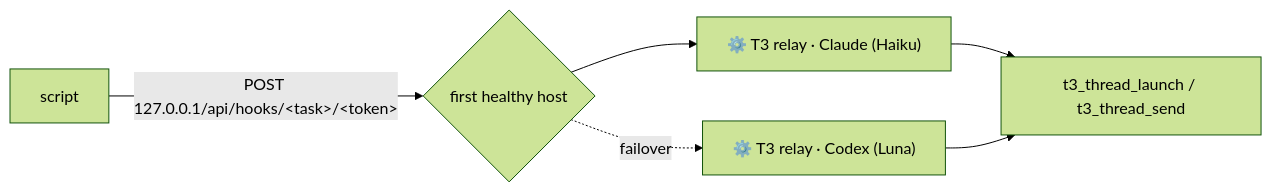
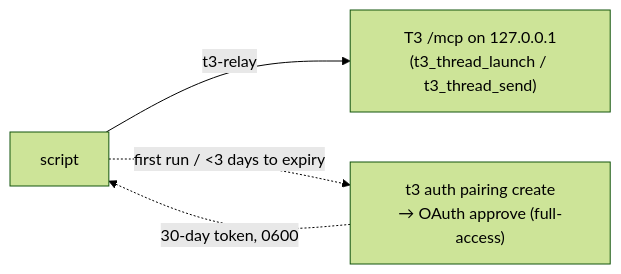
The diagram in skills/t3-manage-thread/relay.md (pjmuller/skills), drawn with Mermaid (forest theme) before and after one commit. The commit also changed other lines of this file and 9 other files, not shown here.

First line of the commit message:
t3-relay: direct MCP client instead of webhook relay host (T3 0.1.1)

````diff
--- a/skills/t3-manage-thread/relay.md
+++ b/skills/t3-manage-thread/relay.md
@@ -31,7 +31,6 @@
 ```mermaid
 flowchart LR
-  S[script] -- "POST 127.0.0.1/api/hooks/&lt;task&gt;/&lt;token&gt;" --> P{first healthy host}
-  P --> A["⚙️ T3 relay · Claude (Haiku)"]
-  P -. failover .-> B["⚙️ T3 relay · Codex (Luna)"]
-  A & B --> M["t3_thread_launch / t3_thread_send"]
+  S[script] -- "t3-relay" --> M["T3 /mcp on 127.0.0.1<br/>(t3_thread_launch / t3_thread_send)"]
+  S -. "first run / <3 days to expiry" .-> A["t3 auth pairing create<br/>→ OAuth approve (full-access)"]
+  A -. "30-day token, 0600" .-> S
 ```
````
